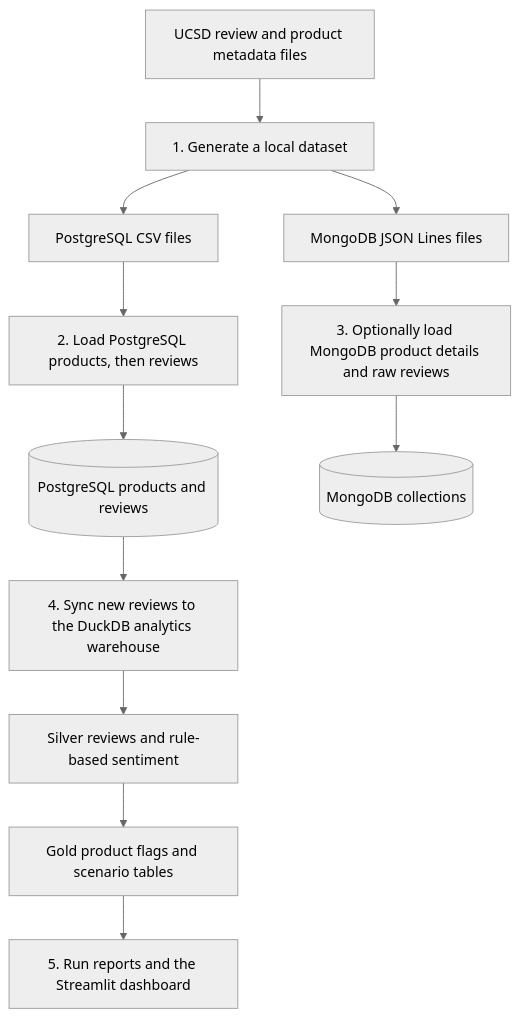
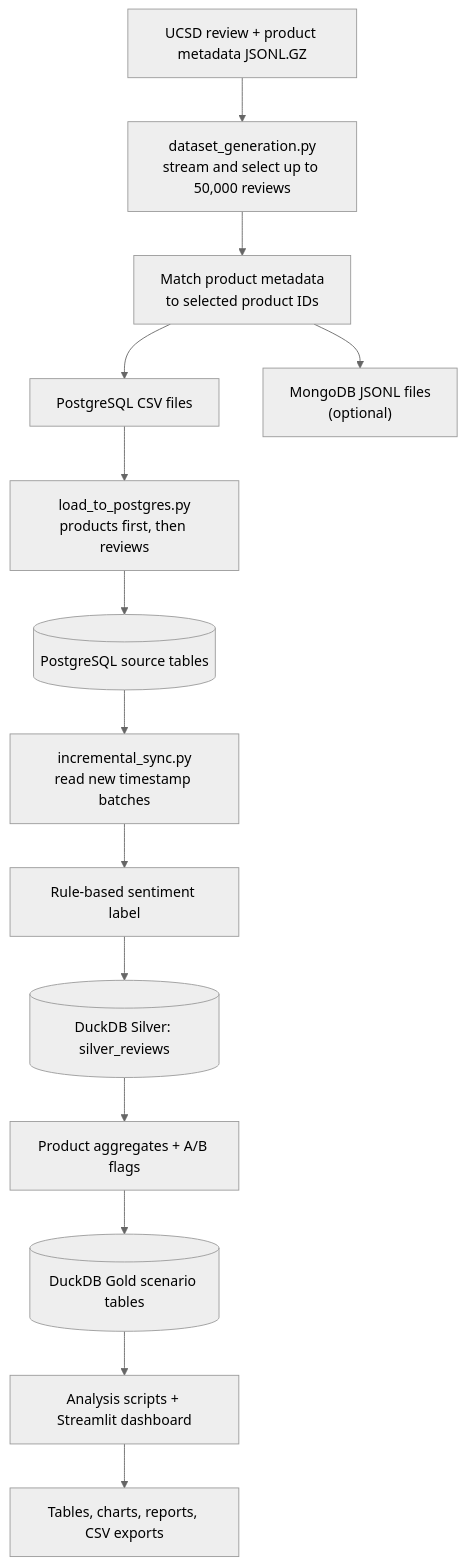
Before and after one commit to poruri-santhosh/Aislewise-2: the second of 2 diagrams in README.md, drawn with Mermaid (neutral theme). The commit also changed other lines of this file, not shown here.

Commit message:
Refactor README with architecture, data flows, and setup guide

````diff
--- a/README.md
+++ b/README.md
@@ -176,14 +87,16 @@
 ```mermaid
 flowchart TD
-    source["UCSD review and product metadata files"] --> step1["1. Generate a local dataset"]
-    step1 --> csv["PostgreSQL CSV files"]
-    step1 --> jsonl["MongoDB JSON Lines files"]
-    csv --> step2["2. Load PostgreSQL products, then reviews"]
-    jsonl --> step3["3. Optionally load MongoDB product details and raw reviews"]
-    step2 --> pg[("PostgreSQL products and reviews")]
-    step3 --> mongo[("MongoDB collections")]
-    pg --> step4["4. Sync new reviews to the DuckDB analytics warehouse"]
-    step4 --> silver["Silver reviews and rule-based sentiment"]
-    silver --> gold["Gold product flags and scenario tables"]
-    gold --> step5["5. Run reports and the Streamlit dashboard"]
+    A["UCSD review + product metadata JSONL.GZ"] --> B["dataset_generation.py<br/>stream and select up to 50,000 reviews"]
+    B --> C["Match product metadata<br/>to selected product IDs"]
+    C --> D["PostgreSQL CSV files"]
+    C --> E["MongoDB JSONL files<br/>(optional)"]
+    D --> F["load_to_postgres.py<br/>products first, then reviews"]
+    F --> G[("PostgreSQL source tables")]
+    G --> H["incremental_sync.py<br/>read new timestamp batches"]
+    H --> I["Rule-based sentiment label"]
+    I --> J[("DuckDB Silver: silver_reviews")]
+    J --> K["Product aggregates + A/B flags"]
+    K --> L[("DuckDB Gold scenario tables")]
+    L --> M["Analysis scripts + Streamlit dashboard"]
+    M --> N["Tables, charts, reports, CSV exports"]
 ```
````
